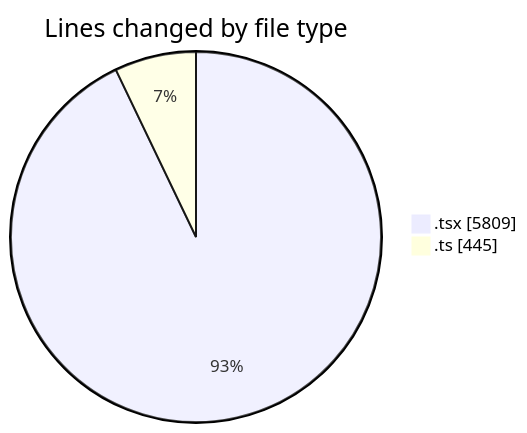
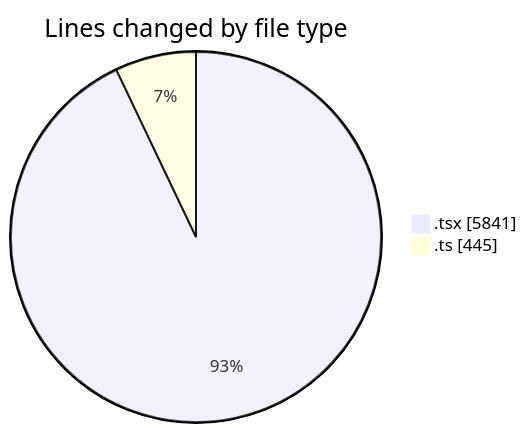
The first of 2 diagrams in 2025-09-24/cda/README.md (momahboobian/code-tracking), drawn with Mermaid before and after one commit. The commit also changed other lines of this file and 1 other file, not shown here.

````diff
--- a/2025-09-24/cda/README.md
+++ b/2025-09-24/cda/README.md
@@ -34,6 +34,6 @@
 ```mermaid
 pie showData
 title Lines changed by file type
-".tsx" : 5809
+".tsx" : 5841
 ".ts" : 445
 ```
````
